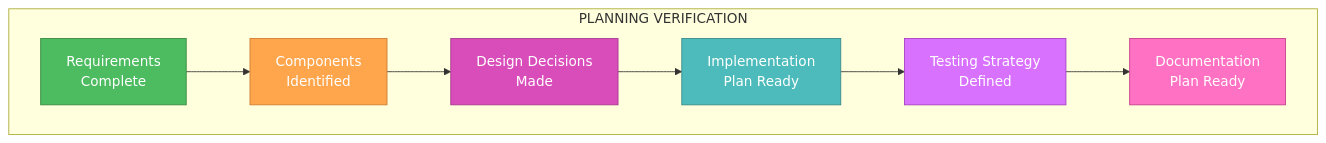
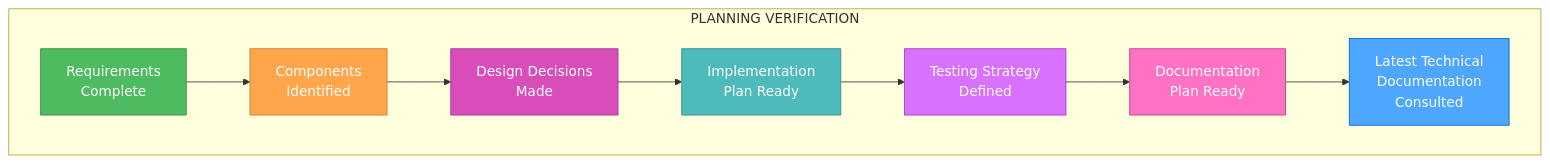
One commit to 7Spade/cursor-graph-bank-account changed the fourth of 6 diagrams in .cursor/rules/isolation_rules/Level3/planning-comprehensive.mdc. Above: the diagram before and after it, drawn with Mermaid. The commit also changed other lines of this file and 130 other files, not shown here.

````diff
--- a/.cursor/rules/isolation_rules/Level3/planning-comprehensive.mdc
+++ b/.cursor/rules/isolation_rules/Level3/planning-comprehensive.mdc
@@ -128,20 +145,22 @@
 ```mermaid
 graph TD
     subgraph "PLANNING VERIFICATION"
     R["Requirements<br>Complete"]
     C["Components<br>Identified"]
     D["Design Decisions<br>Made"]
     I["Implementation<br>Plan Ready"]
     T["Testing Strategy<br>Defined"]
     Doc["Documentation<br>Plan Ready"]
+    Tech["Latest Technical<br>Documentation<br>Consulted"]
     end
-    
-    R --> C --> D --> I --> T --> Doc
-    
+
+    R --> C --> D --> I --> T --> Doc --> Tech
+
     style R fill:#4dbb5f,stroke:#36873f,color:white
     style C fill:#ffa64d,stroke:#cc7a30,color:white
     style D fill:#d94dbb,stroke:#a3378a,color:white
     style I fill:#4dbbbb,stroke:#368787,color:white
     style T fill:#d971ff,stroke:#a33bc2,color:white
     style Doc fill:#ff71c2,stroke:#c23b8a,color:white
+    style Tech fill:#4da6ff,stroke:#0066cc,color:white
 ```
````
